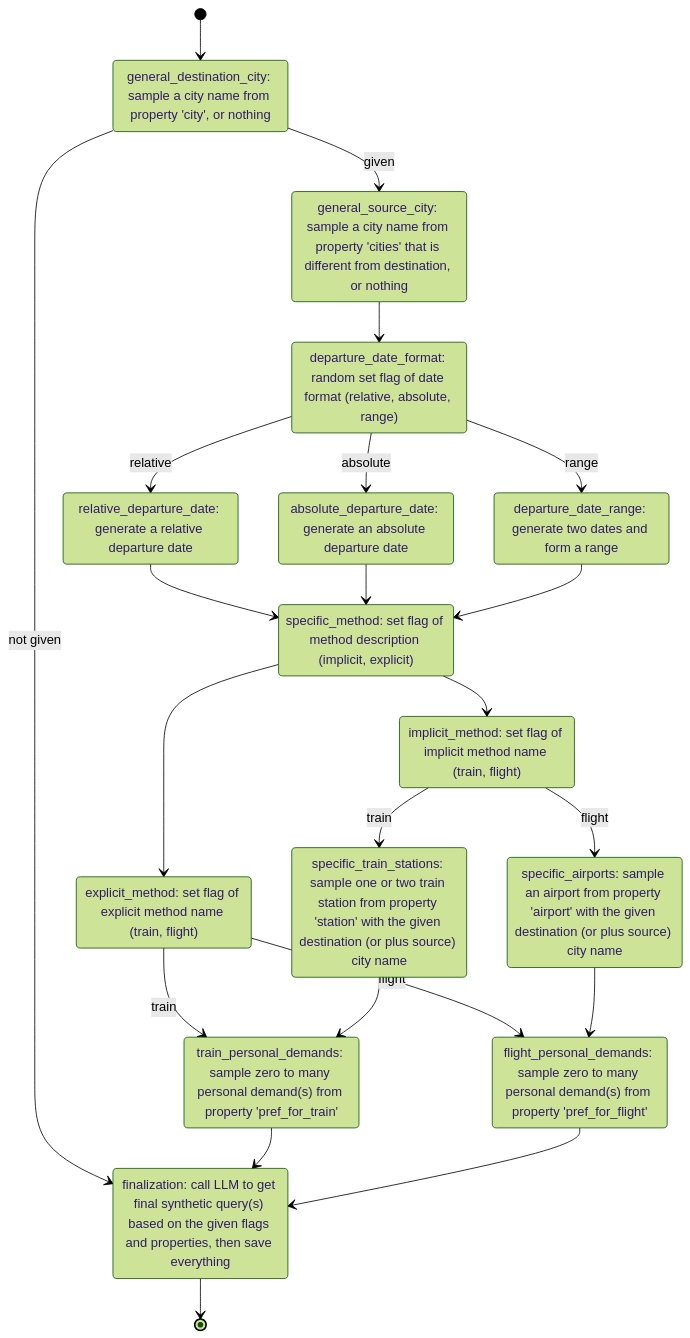
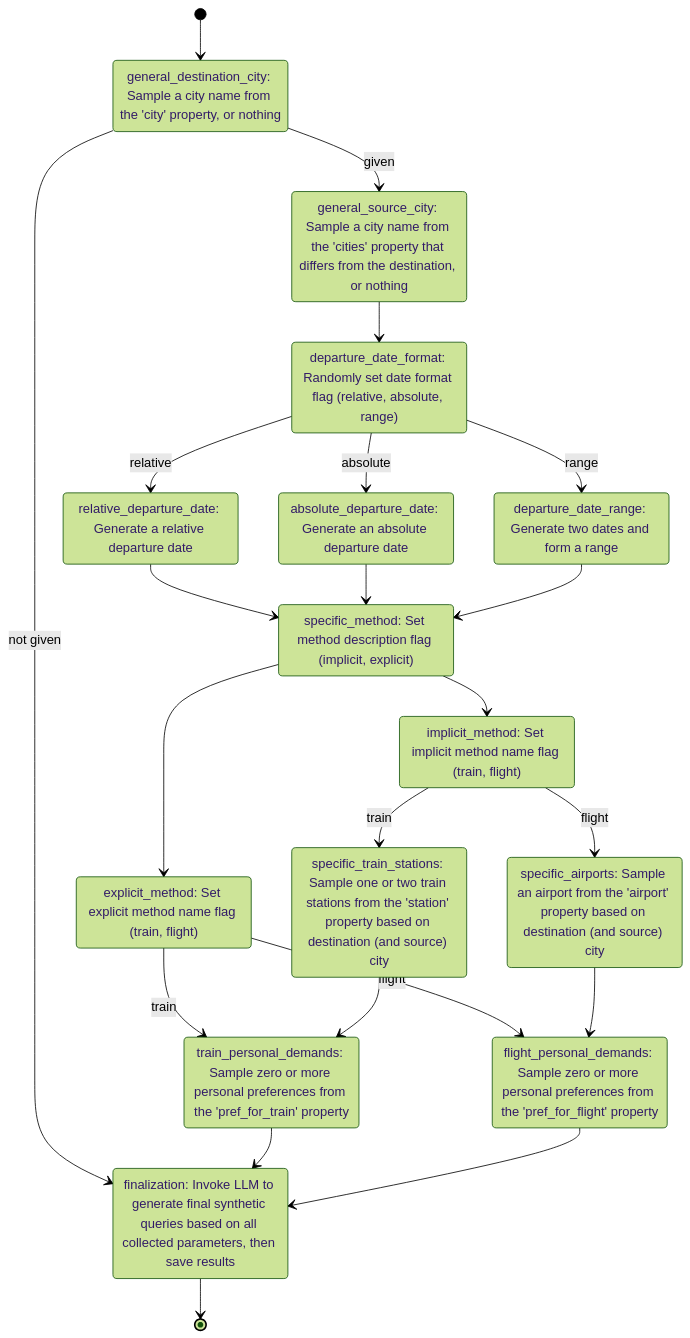
The second of 3 diagrams in README.md (0-1CxH/Prodxy), drawn with Mermaid (forest theme) before and after one commit. The commit also changed other lines of this file and 3 other files, not shown here.

````diff
--- a/README.md
+++ b/README.md
@@ -120,45 +399,45 @@
 ```mermaid
 stateDiagram-v2
-    state "general_destination_city: sample a city name from property 'city', or nothing" as general_destination_city
-    state "general_source_city: sample a city name from property 'cities' that is different from destination, or nothing" as general_source_city
-    state "departure_date_format: random set flag of date format (relative, absolute, range)" as departure_date_format
-    state "relative_departure_date: generate a relative departure date" as relative_departure_date
-    state "absolute_departure_date: generate an absolute departure date" as absolute_departure_date
-    state "departure_date_range: generate two dates and form a range" as departure_date_range
-    state "specific_method: set flag of method description (implicit, explicit)" as specific_method
-    state "explicit_method: set flag of explicit method name (train, flight)" as explicit_method
-    state "implicit_method: set flag of implicit method name (train, flight)" as implicit_method
-    state "specific_train_stations: sample one or two train station from property 'station' with the given destination (or plus source) city name" as specific_train_stations
-    state "specific_airports: sample an airport from property 'airport' with the given destination (or plus source) city name" as specific_airports
-    state "train_personal_demands: sample zero to many personal demand(s) from property 'pref_for_train'" as train_personal_demands
-    state "flight_personal_demands: sample zero to many personal demand(s) from property 'pref_for_flight'" as flight_personal_demands
-    state "finalization: call LLM to get final synthetic query(s) based on the given flags and properties, then save everything" as finalization
+    state "general_destination_city: Sample a city name from the 'city' property, or nothing" as general_destination_city
+    state "general_source_city: Sample a city name from the 'cities' property that differs from the destination, or nothing" as general_source_city
+    state "departure_date_format: Randomly set date format flag (relative, absolute, range)" as departure_date_format
+    state "relative_departure_date: Generate a relative departure date" as relative_departure_date
+    state "absolute_departure_date: Generate an absolute departure date" as absolute_departure_date
+    state "departure_date_range: Generate two dates and form a range" as departure_date_range
+    state "specific_method: Set method description flag (implicit, explicit)" as specific_method
+    state "explicit_method: Set explicit method name flag (train, flight)" as explicit_method
+    state "implicit_method: Set implicit method name flag (train, flight)" as implicit_method
+    state "specific_train_stations: Sample one or two train stations from the 'station' property based on destination (and source) city" as specific_train_stations
+    state "specific_airports: Sample an airport from the 'airport' property based on destination (and source) city" as specific_airports
+    state "train_personal_demands: Sample zero or more personal preferences from the 'pref_for_train' property" as train_personal_demands
+    state "flight_personal_demands: Sample zero or more personal preferences from the 'pref_for_flight' property" as flight_personal_demands
+    state "finalization: Invoke LLM to generate final synthetic queries based on all collected parameters, then save results" as finalization
 
     [*] --> general_destination_city
     general_destination_city --> finalization : not given
     general_destination_city --> general_source_city : given
     general_source_city --> departure_date_format
 
     departure_date_format --> relative_departure_date: relative
     relative_departure_date --> specific_method
     departure_date_format --> absolute_departure_date: absolute
     absolute_departure_date --> specific_method
     departure_date_format --> departure_date_range: range
     departure_date_range --> specific_method
     
     specific_method --> explicit_method
     specific_method --> implicit_method
     
     explicit_method --> train_personal_demands: train
     explicit_method --> flight_personal_demands: flight
     
     implicit_method --> specific_train_stations: train
     implicit_method --> specific_airports: flight
 
     specific_train_stations --> train_personal_demands
     specific_airports --> flight_personal_demands
 
     train_personal_demands --> finalization
     flight_personal_demands --> finalization
     finalization --> [*]
 ```
````
